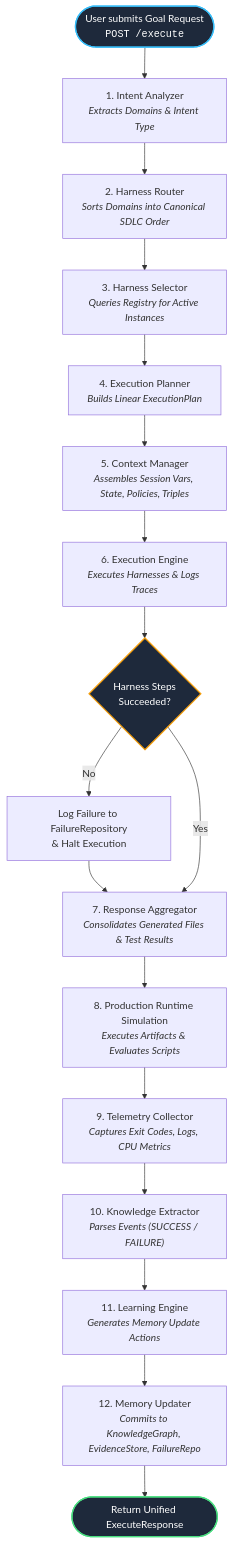
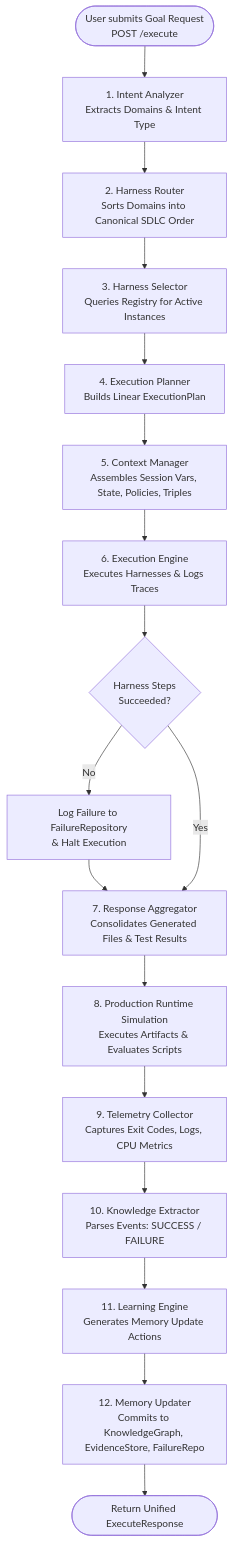
Before and after one commit to jacobjerryarackal/harness-engineering: the fourth of 16 diagrams in README.md, drawn with Mermaid. The commit also changed other lines of this file, not shown here.

Commit message:
docs: clean up Mermaid diagrams by removing styling and replace HLD diagram with static image link

````diff
--- a/README.md
+++ b/README.md
@@ -234,25 +224,21 @@
 ```mermaid
 flowchart TD
-    Start(["User submits Goal Request<br/><code>POST /execute</code>"]) --> Intent["1. Intent Analyzer<br/><i>Extracts Domains & Intent Type</i>"]
-    Intent --> Router["2. Harness Router<br/><i>Sorts Domains into Canonical SDLC Order</i>"]
-    Router --> Selector["3. Harness Selector<br/><i>Queries Registry for Active Instances</i>"]
-    Selector --> Planner["4. Execution Planner<br/><i>Builds Linear ExecutionPlan</i>"]
-    Planner --> CtxMgr["5. Context Manager<br/><i>Assembles Session Vars, State, Policies, Triples</i>"]
-    CtxMgr --> ExecEngine["6. Execution Engine<br/><i>Executes Harnesses & Logs Traces</i>"]
+    Start(["User submits Goal Request<br/>POST /execute"]) --> Intent["1. Intent Analyzer<br/>Extracts Domains & Intent Type"]
+    Intent --> Router["2. Harness Router<br/>Sorts Domains into Canonical SDLC Order"]
+    Router --> Selector["3. Harness Selector<br/>Queries Registry for Active Instances"]
+    Selector --> Planner["4. Execution Planner<br/>Builds Linear ExecutionPlan"]
+    Planner --> CtxMgr["5. Context Manager<br/>Assembles Session Vars, State, Policies, Triples"]
+    CtxMgr --> ExecEngine["6. Execution Engine<br/>Executes Harnesses & Logs Traces"]
     
     ExecEngine --> CheckSuccess{"Harness Steps<br/>Succeeded?"}
     CheckSuccess -- No --> LogFail["Log Failure to FailureRepository<br/>& Halt Execution"]
     LogFail --> RespAgg
-    CheckSuccess -- Yes --> RespAgg["7. Response Aggregator<br/><i>Consolidates Generated Files & Test Results</i>"]
+    CheckSuccess -- Yes --> RespAgg["7. Response Aggregator<br/>Consolidates Generated Files & Test Results"]
     
-    RespAgg --> ProdRun["8. Production Runtime Simulation<br/><i>Executes Artifacts & Evaluates Scripts</i>"]
-    ProdRun --> Telem["9. Telemetry Collector<br/><i>Captures Exit Codes, Logs, CPU Metrics</i>"]
-    Telem --> KnowlExt["10. Knowledge Extractor<br/><i>Parses Events (SUCCESS / FAILURE)</i>"]
-    KnowlExt --> LearnEng["11. Learning Engine<br/><i>Generates Memory Update Actions</i>"]
-    LearnEng --> MemUpd["12. Memory Updater<br/><i>Commits to KnowledgeGraph, EvidenceStore, FailureRepo</i>"]
+    RespAgg --> ProdRun["8. Production Runtime Simulation<br/>Executes Artifacts & Evaluates Scripts"]
+    ProdRun --> Telem["9. Telemetry Collector<br/>Captures Exit Codes, Logs, CPU Metrics"]
+    Telem --> KnowlExt["10. Knowledge Extractor<br/>Parses Events: SUCCESS / FAILURE"]
+    KnowlExt --> LearnEng["11. Learning Engine<br/>Generates Memory Update Actions"]
+    LearnEng --> MemUpd["12. Memory Updater<br/>Commits to KnowledgeGraph, EvidenceStore, FailureRepo"]
     MemUpd --> Finish(["Return Unified ExecuteResponse"])
-
-    style Start fill:#1e293b,stroke:#38bdf8,stroke-width:2px,color:#fff
-    style Finish fill:#1e293b,stroke:#4ade80,stroke-width:2px,color:#fff
-    style CheckSuccess fill:#1e293b,stroke:#f59e0b,stroke-width:2px,color:#fff
 ```
````
